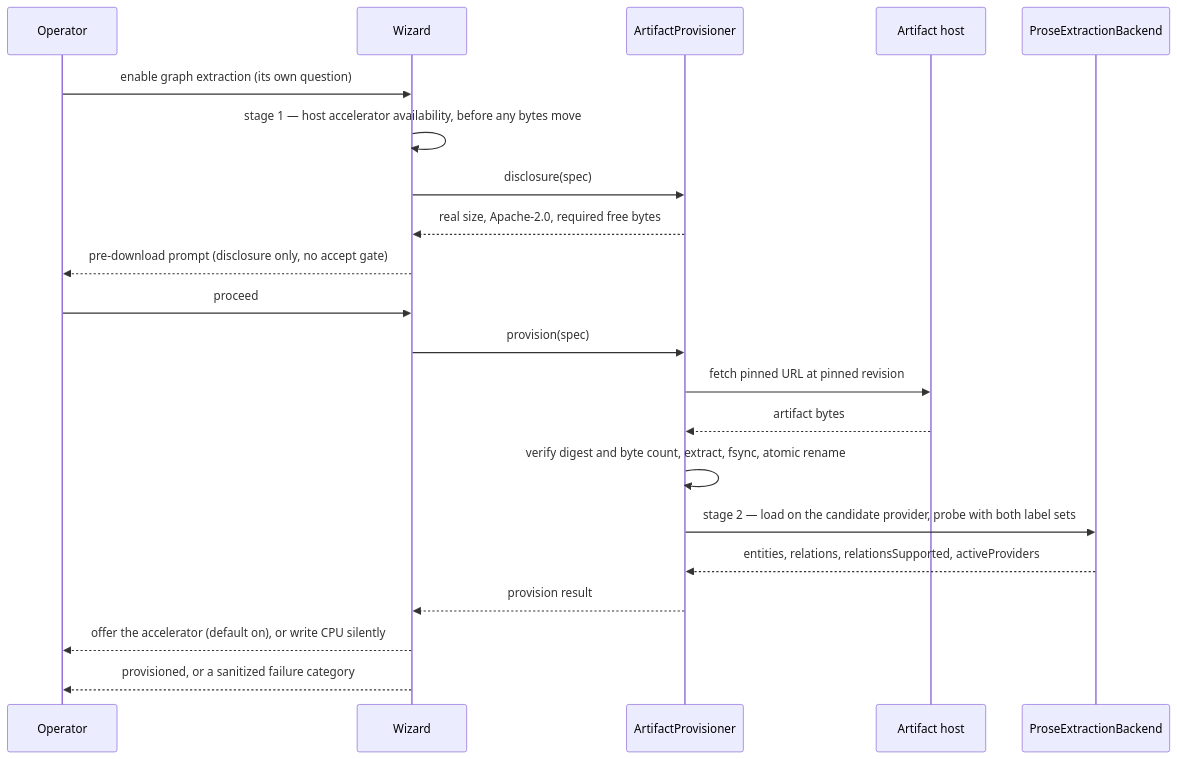
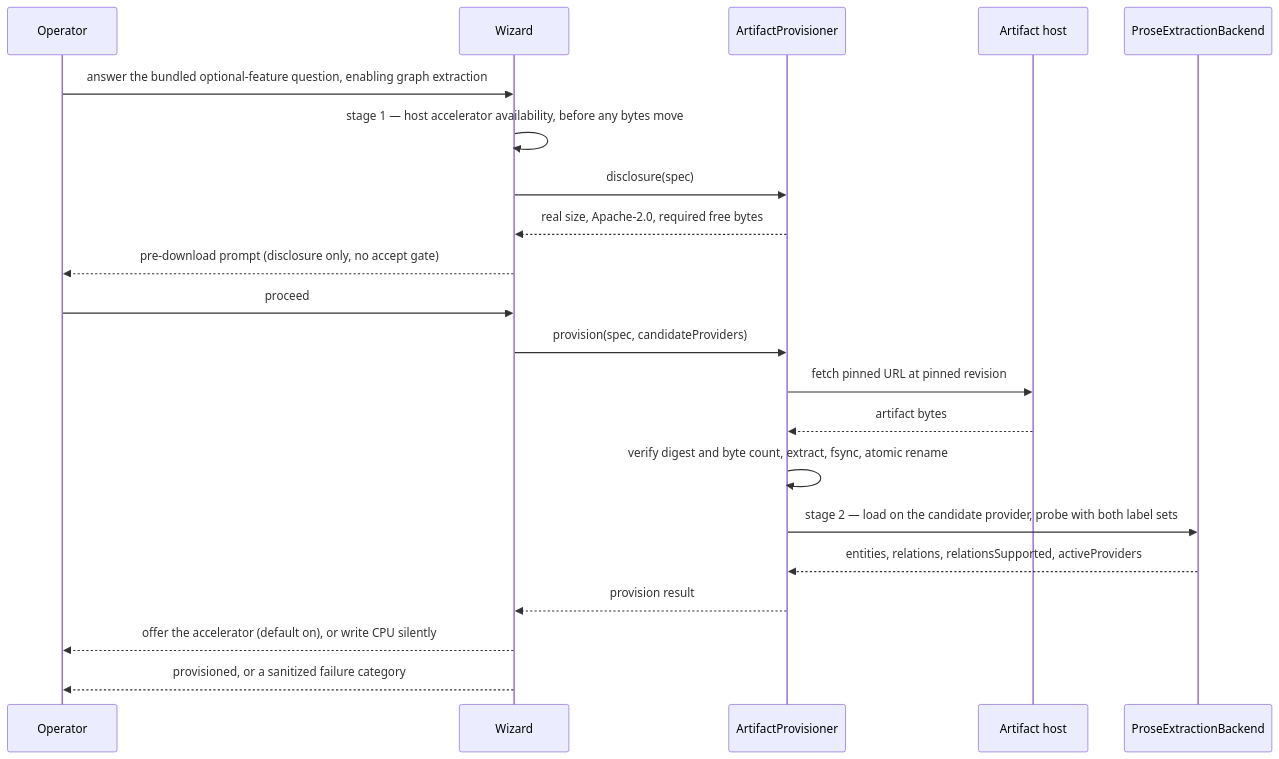
The fifth of 6 diagrams in Documentation/Backlog/2026-08-19-035-multilingual-graph-ner-team-plan.md (user538295/archon-search), drawn with Mermaid before and after one commit. The commit also changed other lines of this file and 6 other files, not shown here.

First line of the commit message:
docs(backlog): gate graph NER plan on a spike; resync its contracts

````diff
--- a/Documentation/Backlog/2026-08-19-035-multilingual-graph-ner-team-plan.md
+++ b/Documentation/Backlog/2026-08-19-035-multilingual-graph-ner-team-plan.md
@@ -415,24 +460,24 @@
 ```mermaid
 sequenceDiagram
   participant OP as Operator
   participant WZ as Wizard
   participant PR as ArtifactProvisioner
   participant HS as Artifact host
   participant EN as ProseExtractionBackend
 
-  OP->>WZ: enable graph extraction (its own question)
+  OP->>WZ: answer the bundled optional-feature question, enabling graph extraction
   WZ->>WZ: stage 1 — host accelerator availability, before any bytes move
   WZ->>PR: disclosure(spec)
   PR-->>WZ: real size, Apache-2.0, required free bytes
   WZ-->>OP: pre-download prompt (disclosure only, no accept gate)
   OP->>WZ: proceed
-  WZ->>PR: provision(spec)
+  WZ->>PR: provision(spec, candidateProviders)
   PR->>HS: fetch pinned URL at pinned revision
   HS-->>PR: artifact bytes
   PR->>PR: verify digest and byte count, extract, fsync, atomic rename
   PR->>EN: stage 2 — load on the candidate provider, probe with both label sets
   EN-->>PR: entities, relations, relationsSupported, activeProviders
   PR-->>WZ: provision result
   WZ-->>OP: offer the accelerator (default on), or write CPU silently
   WZ-->>OP: provisioned, or a sanitized failure category
 ```
````
